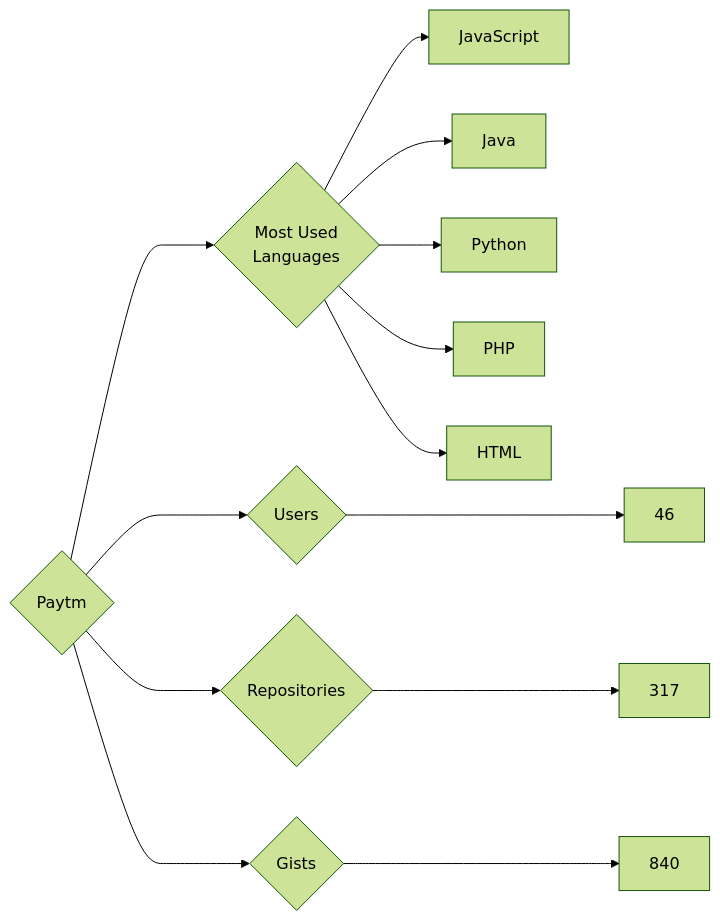
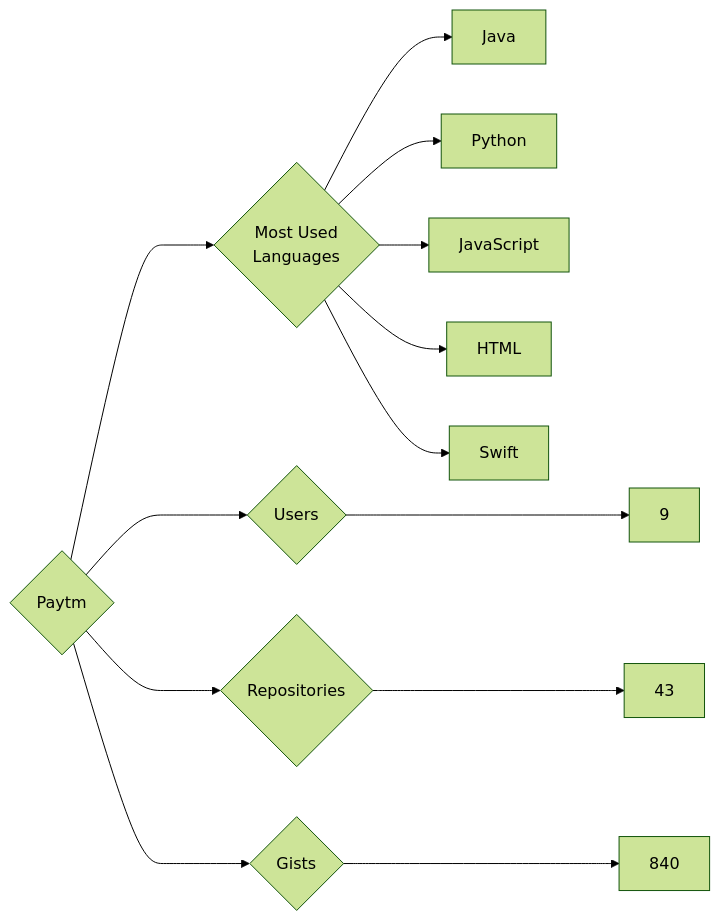
The diagram in targets/Paytm/README.md (trickest/insiders), drawn with Mermaid (forest theme) before and after one commit. The commit also changed 725 other files, not shown here.

````diff
--- a/targets/Paytm/README.md
+++ b/targets/Paytm/README.md
@@ -3,13 +3,13 @@
 ```mermaid
 graph LR
 COMPANY_NAME{Paytm}
-COMPANY_NAME ---> U{Users} ---> UN[46]
-COMPANY_NAME ---> R{Repositories} ---> RN[317]
+COMPANY_NAME ---> U{Users} ---> UN[9]
+COMPANY_NAME ---> R{Repositories} ---> RN[43]
 COMPANY_NAME ---> G{Gists} ---> GN[840]
 COMPANY_NAME ---> ML{Most Used<br>Languages}
-ML --> JavaScript[JavaScript]
 ML --> Java[Java]
 ML --> Python[Python]
-ML --> PHP[PHP]
+ML --> JavaScript[JavaScript]
 ML --> HTML[HTML]
+ML --> Swift[Swift]
 ```
````
